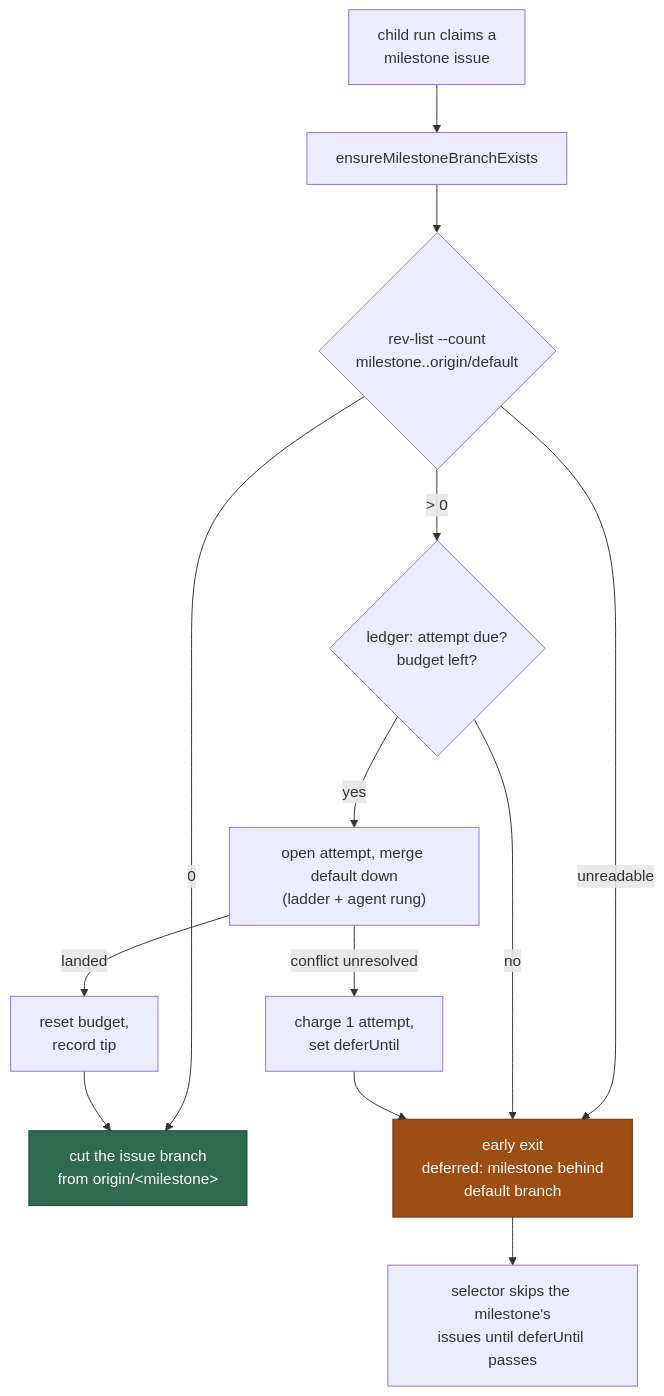
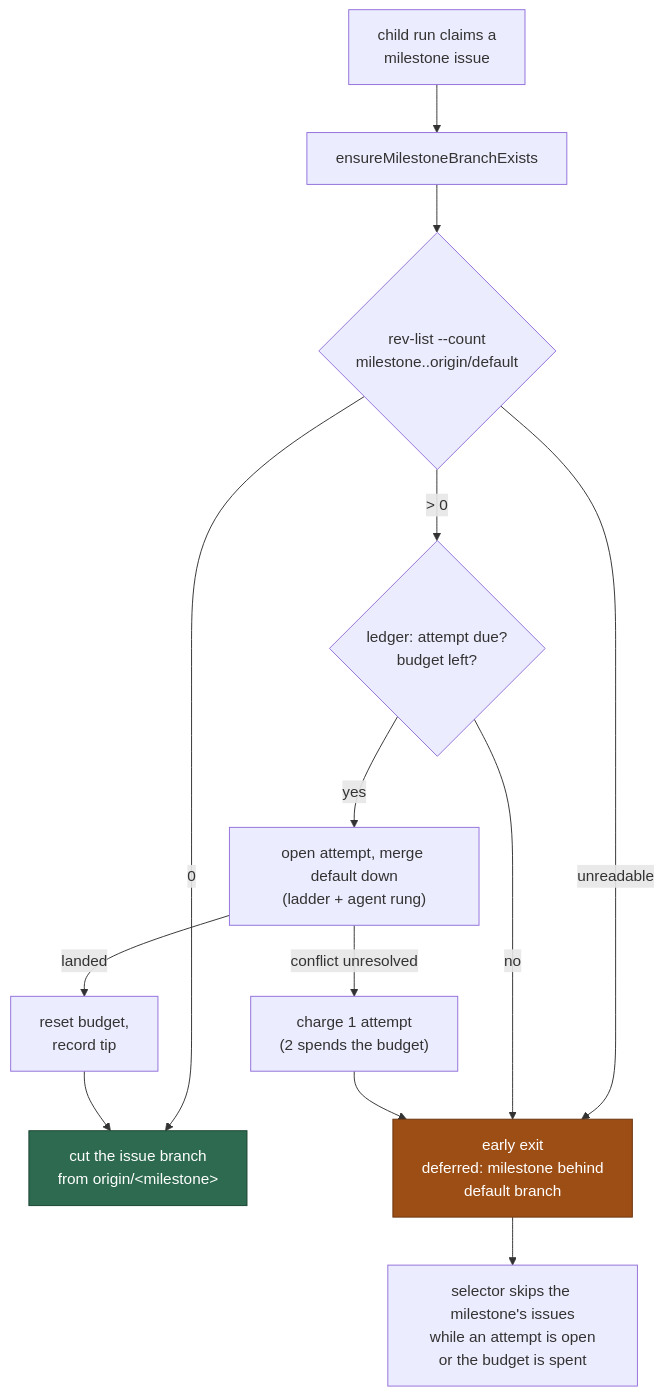
Diagram 36 of 39 in docs/INTERNALS.md (stSoftwareAU/VibeCoder), drawn with Mermaid before and after one commit. The commit also changed other lines of this file and 23 other files, not shown here.

First line of the commit message:
Two runs, no cooldown: the shared conflict budget (Issue #2305)

````diff
--- a/docs/INTERNALS.md
+++ b/docs/INTERNALS.md
@@ -3830,15 +3829,15 @@
 ```mermaid
 flowchart TD
     A["child run claims a<br/>milestone issue"] --> B["ensureMilestoneBranchExists"]
     B --> C{"rev-list --count<br/>milestone..origin/default"}
     C -- "0" --> D["cut the issue branch<br/>from origin/&lt;milestone&gt;"]
     C -- "unreadable" --> X
     C -- "> 0" --> E{"ledger: attempt due?<br/>budget left?"}
     E -- "no" --> X["early exit<br/>deferred: milestone behind<br/>default branch"]
     E -- "yes" --> F["open attempt, merge default down<br/>(ladder + agent rung)"]
     F -- "landed" --> G["reset budget,<br/>record tip"] --> D
-    F -- "conflict unresolved" --> H["charge 1 attempt,<br/>set deferUntil"] --> X
-    X --> Y["selector skips the milestone's<br/>issues until deferUntil passes"]
+    F -- "conflict unresolved" --> H["charge 1 attempt<br/>(2 spends the budget)"] --> X
+    X --> Y["selector skips the milestone's issues<br/>while an attempt is open<br/>or the budget is spent"]
     style D fill:#2d6a4f,stroke:#1b4332,color:#fff
     style X fill:#9d4e15,stroke:#6b3410,color:#fff
 ```
````
